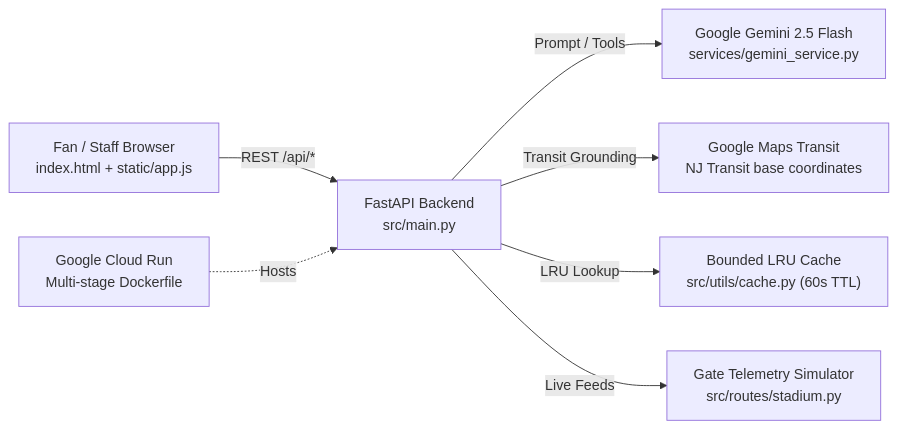
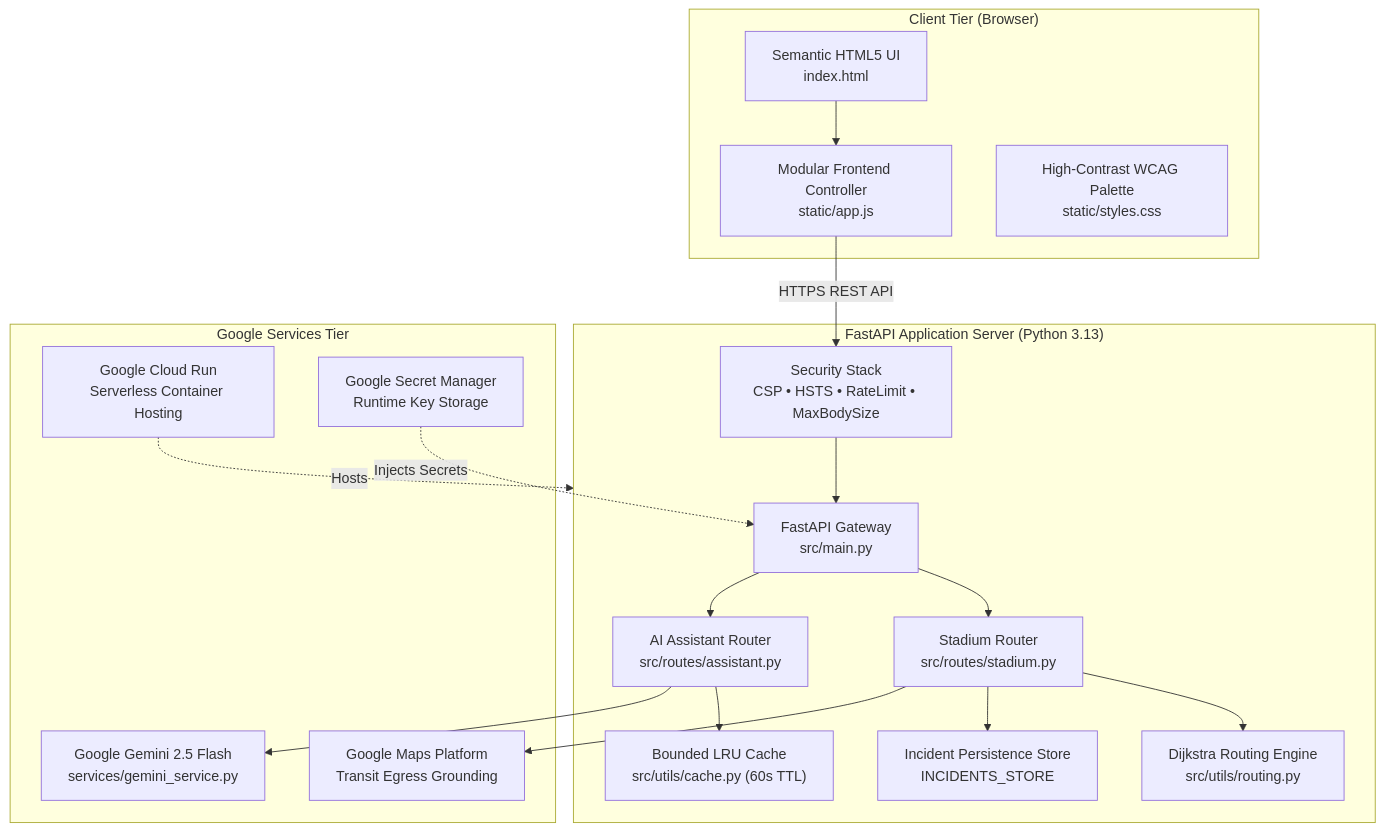
The first of 2 diagrams in README.md (Dharanipriya-J/promptwars-practice), drawn with Mermaid before and after one commit. The commit also changed other lines of this file and 9 other files, not shown here.

Commit message:
Final Optimization: Fix SVG XML ampersands, add RequestSizeLimitMiddleware, prune idle IP buckets, 100% XSS-safe DOM, 44 tests, complete 19-section README

````diff
--- a/README.md
+++ b/README.md
@@ -34,17 +67,38 @@
 ```mermaid
-flowchart LR
-    Fan["Fan / Staff Browser\nindex.html + static/app.js"]
-    FastAPI["FastAPI Backend\nsrc/main.py"]
-    Gemini["Google Gemini 2.5 Flash\nservices/gemini_service.py"]
-    Maps["Google Maps Transit\nNJ Transit base coordinates"]
-    Cache["Bounded LRU Cache\nsrc/utils/cache.py (60s TTL)"]
-    Simulator["Gate Telemetry Simulator\nsrc/routes/stadium.py"]
-    Docker["Google Cloud Run\nMulti-stage Dockerfile"]
+flowchart TD
+    subgraph Client["Client Tier (Browser)"]
+        UI["Semantic HTML5 UI\nindex.html"]
+        JS["Modular Frontend Controller\nstatic/app.js"]
+        CSS["High-Contrast WCAG Palette\nstatic/styles.css"]
+    end
 
-    Fan -->|"REST /api/*"| FastAPI
-    FastAPI -->|"Prompt / Tools"| Gemini
-    FastAPI -->|"Transit Grounding"| Maps
-    FastAPI -->|"LRU Lookup"| Cache
-    FastAPI -->|"Live Feeds"| Simulator
-    Docker -.->|"Hosts"| FastAPI
+    subgraph Server["FastAPI Application Server (Python 3.13)"]
+        Main["FastAPI Gateway\nsrc/main.py"]
+        SecMiddleware["Security Stack\nCSP • HSTS • RateLimit • MaxBodySize"]
+        RouterStadium["Stadium Router\nsrc/routes/stadium.py"]
+        RouterAssistant["AI Assistant Router\nsrc/routes/assistant.py"]
+        Dijkstra["Dijkstra Routing Engine\nsrc/utils/routing.py"]
+        LRUCache["Bounded LRU Cache\nsrc/utils/cache.py (60s TTL)"]
+        IncidentDB["Incident Persistence Store\nINCIDENTS_STORE"]
+    end
+
+    subgraph GoogleCloud["Google Services Tier"]
+        Gemini["Google Gemini 2.5 Flash\nservices/gemini_service.py"]
+        Maps["Google Maps Platform\nTransit Egress Grounding"]
+        CloudRun["Google Cloud Run\nServerless Container Hosting"]
+        SecretMgr["Google Secret Manager\nRuntime Key Storage"]
+    end
+
+    UI --> JS
+    JS -->|"HTTPS REST API"| SecMiddleware
+    SecMiddleware --> Main
+    Main --> RouterStadium
+    Main --> RouterAssistant
+    RouterStadium --> Dijkstra
+    RouterStadium --> IncidentDB
+    RouterAssistant --> LRUCache
+    RouterAssistant --> Gemini
+    RouterStadium --> Maps
+    SecretMgr -.->|"Injects Secrets"| Main
+    CloudRun -.->|"Hosts"| Server
 ```
````
